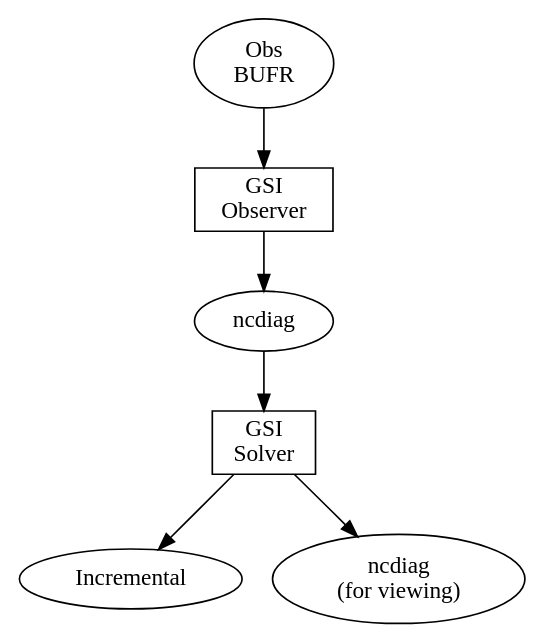
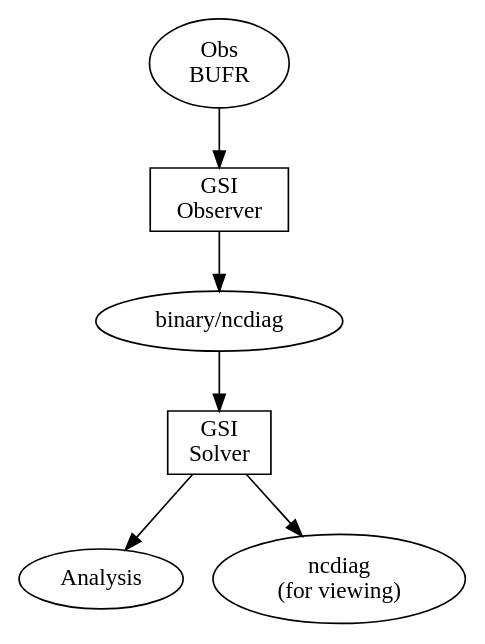
The diagram in IODA/big_picture_before.gv (srherbener/my-diagrams), drawn with Graphviz before and after one commit. The commit also changed 3 other files, not shown here.

```diff
--- a/IODA/big_picture_before.gv
+++ b/IODA/big_picture_before.gv
@@ -1,14 +1,14 @@
 digraph NcdiagFlow
   {
   obs_bufr [ shape=ellipse, label="Obs\nBUFR" ];
-  ncd      [ shape=ellipse, label="ncdiag" ];
-  incr     [ shape=ellipse, label="Incremental" ];
+  diag     [ shape=ellipse, label="binary/ncdiag" ];
+  incr     [ shape=ellipse, label="Analysis" ];
   ncd_view [ shape=ellipse, label="ncdiag\n(for viewing)" ];
   
 
   gsi_obs  [ shape=box, label="GSI\nObserver" ];
   gsi_sol  [ shape=box, label="GSI\nSolver" ];
 
-  obs_bufr -> gsi_obs -> ncd -> gsi_sol -> incr;
+  obs_bufr -> gsi_obs -> diag -> gsi_sol -> incr;
   gsi_sol -> ncd_view;
   }
```
